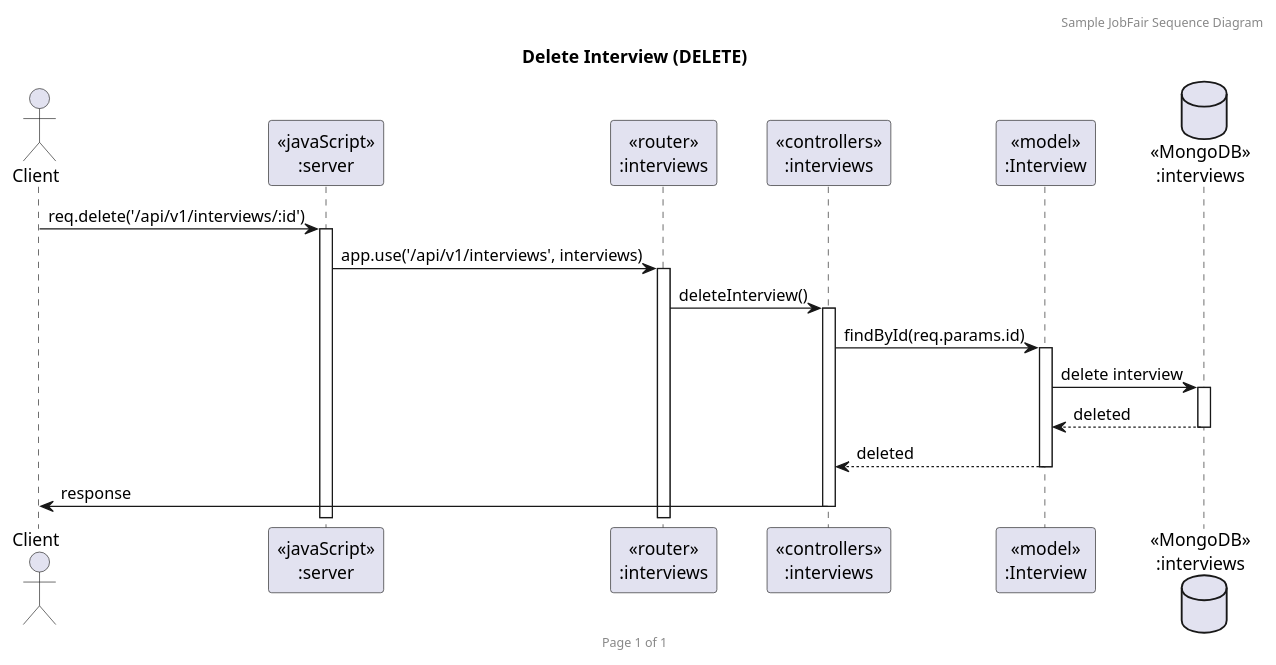
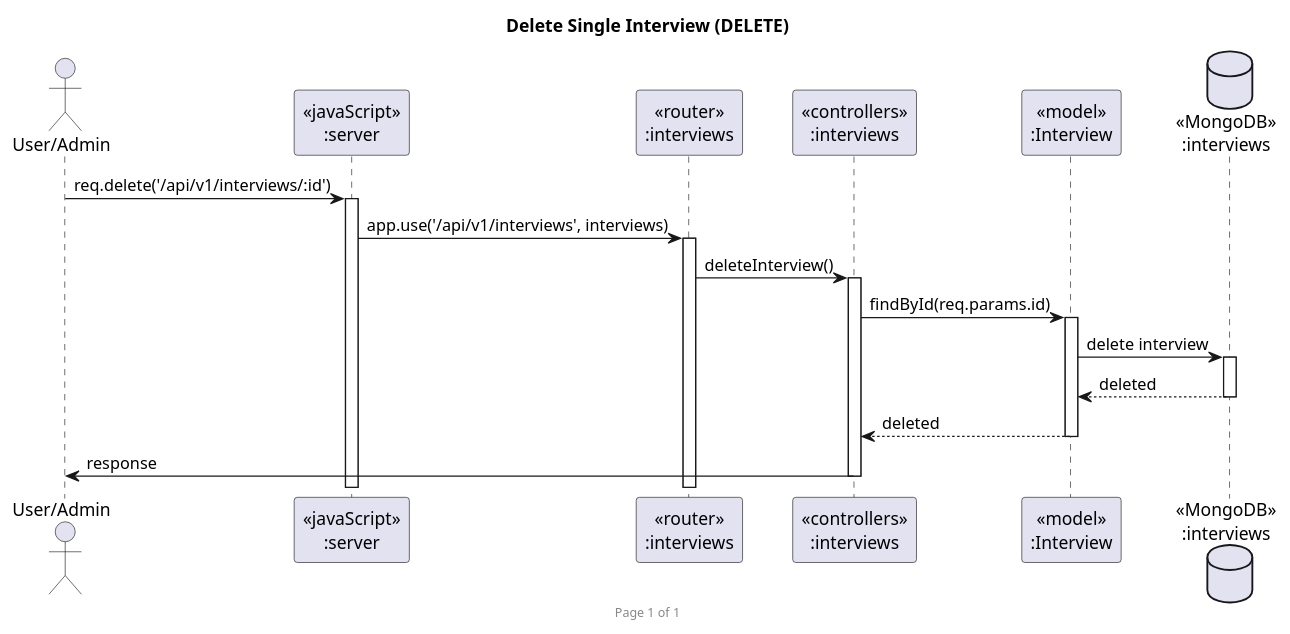
Diagram 15 of 15 in uml/sequence-diagram.puml (2110503-CEDT68/be-project-68-vacq), drawn with PlantUML before and after one commit. The commit also changed other lines of this file and 27 other files, not shown here.

Commit message:
Edit sequence diagram

```diff
--- a/uml/sequence-diagram.puml
+++ b/uml/sequence-diagram.puml
@@ -355,23 +317,22 @@
-@startuml Delete Interview (DELETE)
+@startuml Delete Single Interview (DELETE)
 
-header Sample JobFair Sequence Diagram
 footer Page %page% of %lastpage%
-title "Delete Interview (DELETE)"
+title "Delete Single Interview (DELETE)"
 
-actor "Client" as client
+actor "User/Admin" as client
 participant "<<javaScript>>\n:server" as server
 participant "<<router>>\n:interviews" as routerInterviews
 participant "<<controllers>>\n:interviews" as controllersInterviews
 participant "<<model>>\n:Interview" as modelInterview
 database "<<MongoDB>>\n:interviews" as InterviewsDatabase
 
 client->server ++: req.delete('/api/v1/interviews/:id')
 server->routerInterviews ++: app.use('/api/v1/interviews', interviews)
 routerInterviews -> controllersInterviews ++: deleteInterview()
 controllersInterviews->modelInterview ++: findById(req.params.id)
 modelInterview ->InterviewsDatabase ++: delete interview
 InterviewsDatabase --> modelInterview --: deleted
 controllersInterviews <-- modelInterview --: deleted
 controllersInterviews->client --: response
 
 @enduml
```
